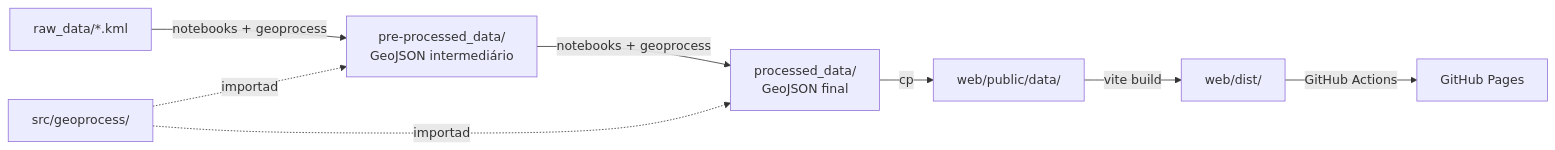
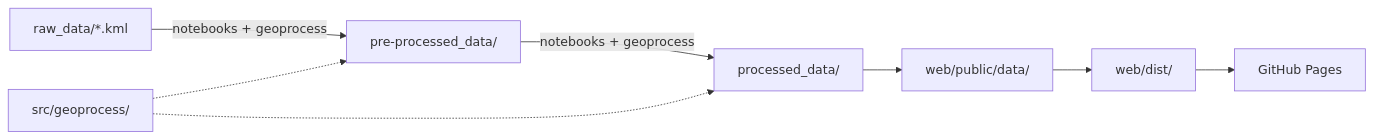
Before and after one commit to eu-cristofer/geo: the first of 4 diagrams in docs/tese/metodologia.md, drawn with Mermaid. The commit also changed other lines of this file, not shown here.

Commit message:
Enhance methodology documentation with detailed data flow diagrams and processing stages

````diff
--- a/docs/tese/metodologia.md
+++ b/docs/tese/metodologia.md
@@ -20,10 +20,10 @@
 ```mermaid
 flowchart LR
-    A["raw_data/*.kml"] -->|notebooks + geoprocess| B["pre-processed_data/<br/>GeoJSON intermediário"]
-    B -->|notebooks + geoprocess| C["processed_data/<br/>GeoJSON final"]
-    C -->|cp| D["web/public/data/"]
-    D -->|vite build| E["web/dist/"]
-    E -->|GitHub Actions| F["GitHub Pages"]
-    G["src/geoprocess/"] -.importado.-> B
-    G -.importado.-> C
+    A["raw_data/*.kml"] -->|notebooks + geoprocess| B["pre-processed_data/"]
+    B -->|notebooks + geoprocess| C["processed_data/"]
+    C --> D["web/public/data/"]
+    D --> E["web/dist/"]
+    E --> F["GitHub Pages"]
+    G["src/geoprocess/"] -.-> B
+    G -.-> C
 ```
````
